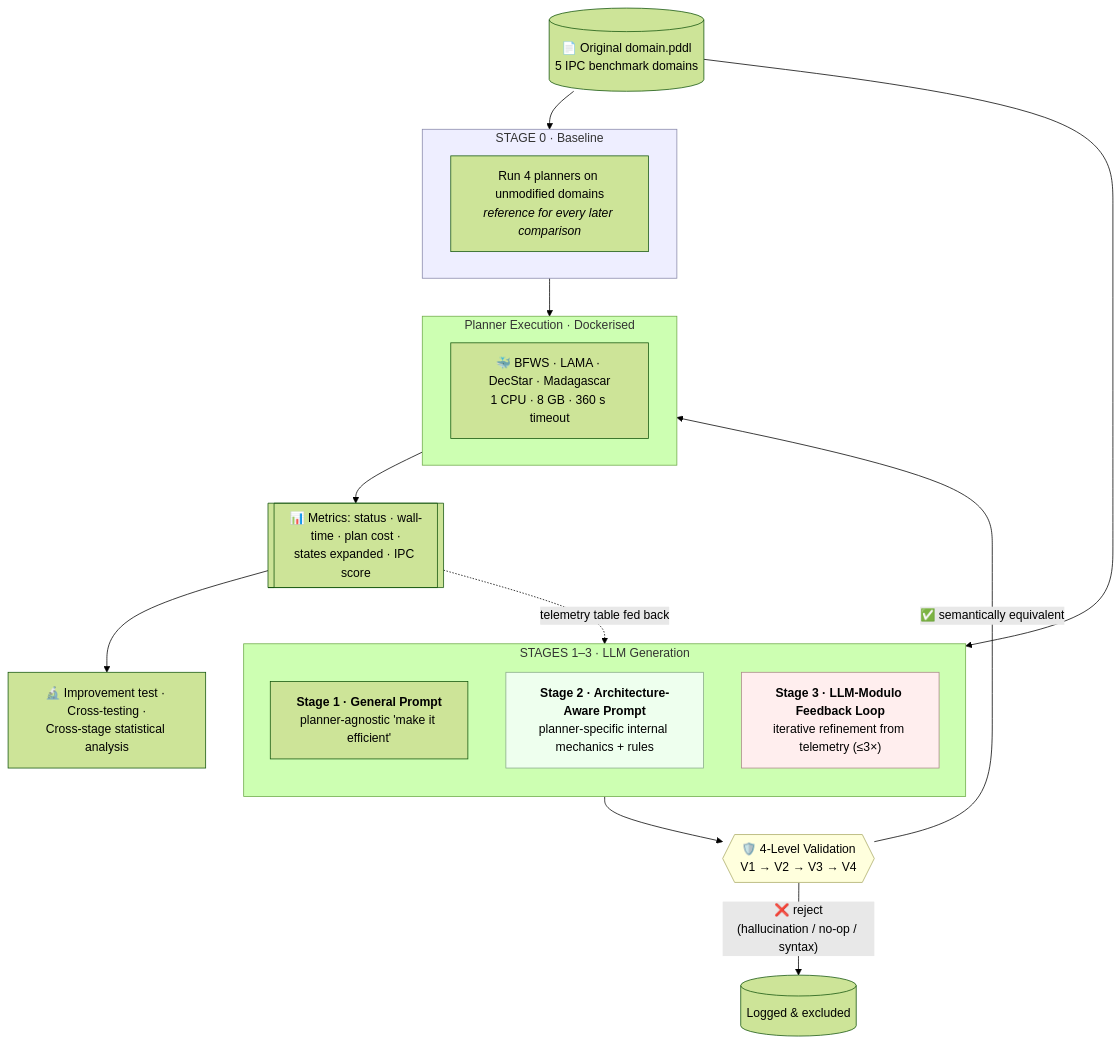
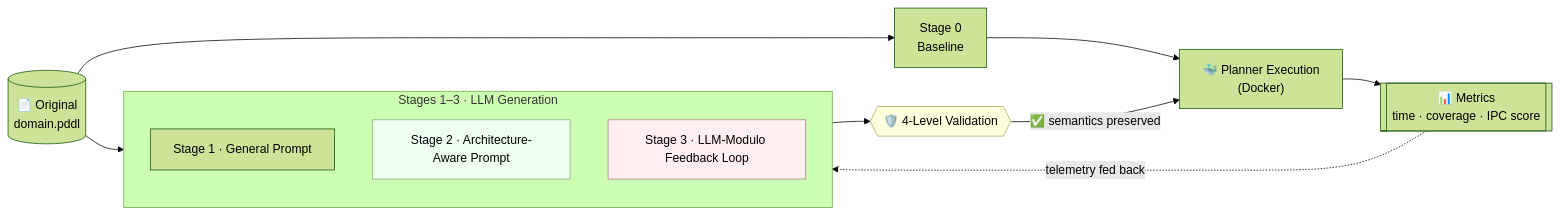
The diagram in README.md (DanEhab/ArchAware-PDDL-Configurator), drawn with Mermaid (forest theme) before and after one commit. The commit also changed other lines of this file, not shown here.

````diff
--- a/README.md
+++ b/README.md
@@ -144,36 +58,22 @@
 ```mermaid
-flowchart TB
-    D[("📄 Original domain.pddl<br/>5 IPC benchmark domains")]
-
-    D --> S0
+flowchart LR
+    D[("📄 Original<br/>domain.pddl")] --> S0["Stage 0<br/>Baseline"]
     D --> GEN
 
-    subgraph S0 ["STAGE 0 · Baseline"]
-        B["Run 4 planners on unmodified domains<br/><i>reference for every later comparison</i>"]
+    subgraph GEN ["Stages 1–3 · LLM Generation"]
+        direction TB
+        S1["Stage 1 · General Prompt"]
+        S2["Stage 2 · Architecture-Aware Prompt"]
+        S3["Stage 3 · LLM-Modulo Feedback Loop"]
     end
 
-    subgraph GEN ["STAGES 1–3 · LLM Generation"]
-        direction TB
-        S1["<b>Stage 1 · General Prompt</b><br/>planner-agnostic 'make it efficient'"]
-        S2["<b>Stage 2 · Architecture-Aware Prompt</b><br/>planner-specific internal mechanics + rules"]
-        S3["<b>Stage 3 · LLM-Modulo Feedback Loop</b><br/>iterative refinement from telemetry (≤3×)"]
-    end
+    GEN --> V{{"🛡️ 4-Level Validation"}}
+    V -- "✅ semantics preserved" --> EXE["🐳 Planner Execution<br/>(Docker)"]
+    S0 --> EXE
+    EXE --> M[["📊 Metrics<br/>time · coverage · IPC score"]]
+    M -. "telemetry fed back" .-> S3
 
-    GEN --> V{{"🛡️ 4-Level Validation<br/>V1 → V2 → V3 → V4"}}
-    V -- "❌ reject<br/>(hallucination / no-op / syntax)" --> X[("Logged & excluded")]
-    V -- "✅ semantically equivalent" --> EXE
-
-    subgraph EXE ["Planner Execution · Dockerised"]
-        P["🐳 BFWS · LAMA · DecStar · Madagascar<br/>1 CPU · 8 GB · 360 s timeout"]
-    end
-
-    S0 --> EXE
-    EXE --> M[["📊 Metrics: status · wall-time · plan cost ·<br/>states expanded · IPC score"]]
-    M -. "telemetry table fed back" .-> S3
-    M --> A["🔬 Improvement test · Cross-testing ·<br/>Cross-stage statistical analysis"]
-
-    style S0 fill:#eef,stroke:#88a
     style S2 fill:#efe,stroke:#8a8
     style S3 fill:#fee,stroke:#a88
     style V fill:#ffd,stroke:#aa6
 ```
````
